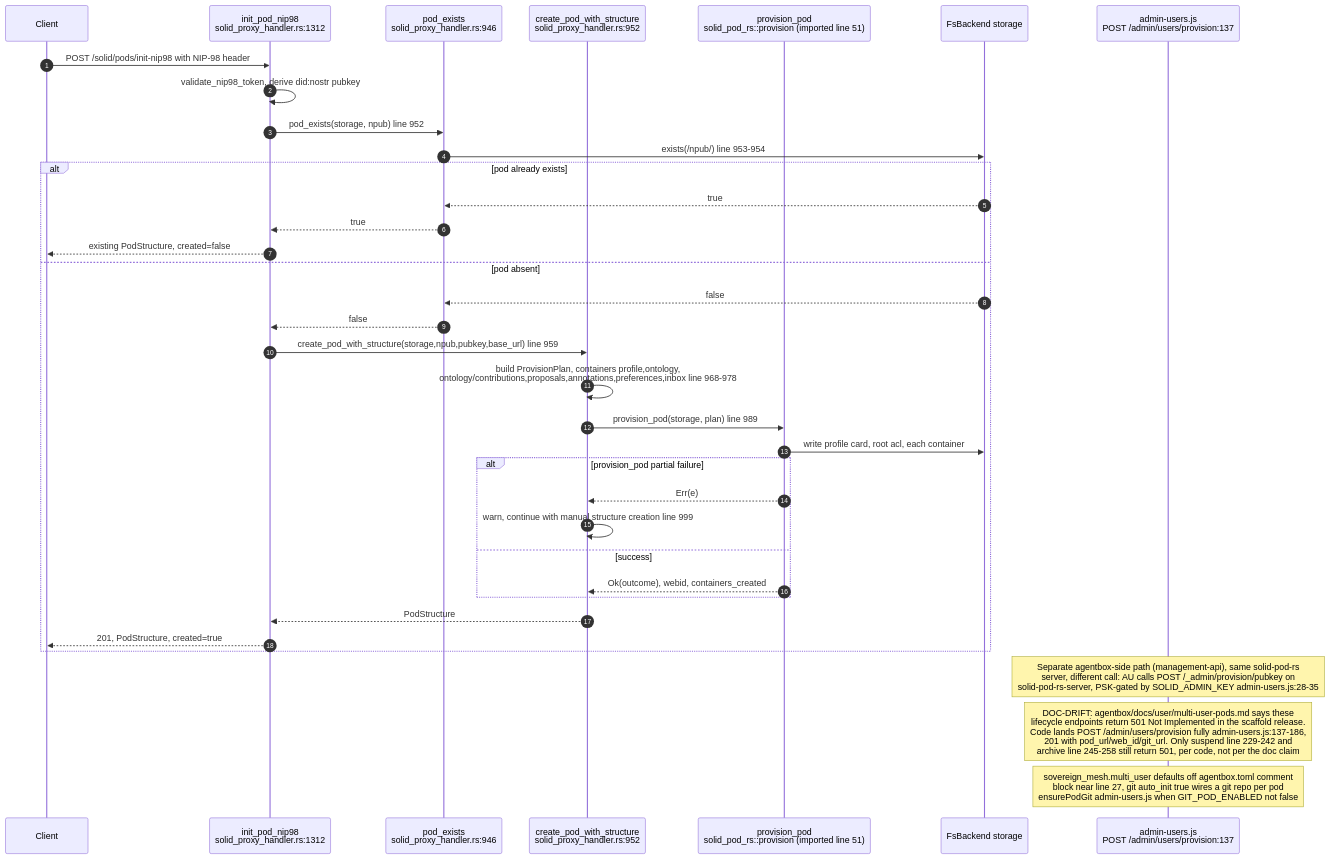
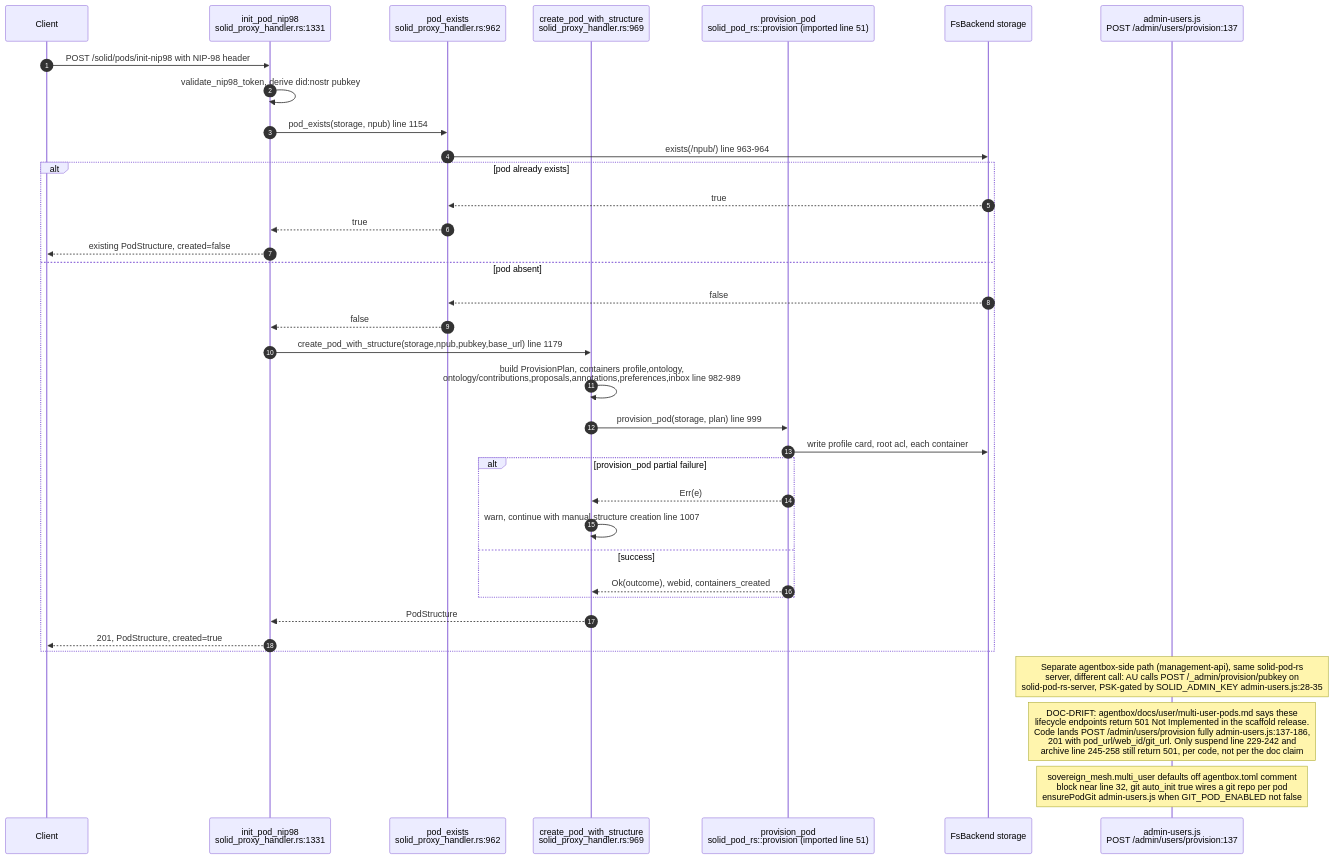
The fifth of 12 diagrams in docs/diagrams/estate/08-solid-pod-estate.md (DreamLab-AI/VisionFlow), drawn with Mermaid before and after one commit. The commit also changed other lines of this file and 111 other files, not shown here.

Commit message:
docs(diagrams): align estate maps with current source

````diff
--- a/docs/diagrams/estate/08-solid-pod-estate.md
+++ b/docs/diagrams/estate/08-solid-pod-estate.md
@@ -214,40 +214,40 @@
 ```mermaid
 sequenceDiagram
     autonumber
     participant CL as Client
-    participant R as init_pod_nip98<br/>solid_proxy_handler.rs:1312
-    participant PE as pod_exists<br/>solid_proxy_handler.rs:946
-    participant CS as create_pod_with_structure<br/>solid_proxy_handler.rs:952
+    participant R as init_pod_nip98<br/>solid_proxy_handler.rs:1331
+    participant PE as pod_exists<br/>solid_proxy_handler.rs:962
+    participant CS as create_pod_with_structure<br/>solid_proxy_handler.rs:969
     participant PP as provision_pod<br/>solid_pod_rs::provision (imported line 51)
     participant FS as FsBackend storage
     participant AU as admin-users.js<br/>POST /admin/users/provision:137
 
     CL->>R: POST /solid/pods/init-nip98 with NIP-98 header
     R->>R: validate_nip98_token, derive did:nostr pubkey
-    R->>PE: pod_exists(storage, npub) line 952
-    PE->>FS: exists(/npub/) line 953-954
+    R->>PE: pod_exists(storage, npub) line 1154
+    PE->>FS: exists(/npub/) line 963-964
     alt pod already exists
         FS-->>PE: true
         PE-->>R: true
         R-->>CL: existing PodStructure, created=false
     else pod absent
         FS-->>PE: false
         PE-->>R: false
-        R->>CS: create_pod_with_structure(storage,npub,pubkey,base_url) line 959
-        CS->>CS: build ProvisionPlan, containers profile,ontology,<br/>ontology/contributions,proposals,annotations,preferences,inbox line 968-978
-        CS->>PP: provision_pod(storage, plan) line 989
+        R->>CS: create_pod_with_structure(storage,npub,pubkey,base_url) line 1179
+        CS->>CS: build ProvisionPlan, containers profile,ontology,<br/>ontology/contributions,proposals,annotations,preferences,inbox line 982-989
+        CS->>PP: provision_pod(storage, plan) line 999
         PP->>FS: write profile card, root acl, each container
         alt provision_pod partial failure
             PP-->>CS: Err(e)
-            CS->>CS: warn, continue with manual structure creation line 999
+            CS->>CS: warn, continue with manual structure creation line 1007
         else success
             PP-->>CS: Ok(outcome), webid, containers_created
         end
         CS-->>R: PodStructure
         R-->>CL: 201, PodStructure, created=true
     end
 
     Note over AU: Separate agentbox-side path (management-api), same solid-pod-rs<br/>server, different call: AU calls POST /_admin/provision/pubkey on<br/>solid-pod-rs-server, PSK-gated by SOLID_ADMIN_KEY admin-users.js:28-35
     Note over AU: DOC-DRIFT: agentbox/docs/user/multi-user-pods.md says these<br/>lifecycle endpoints return 501 Not Implemented in the scaffold release.<br/>Code lands POST /admin/users/provision fully admin-users.js:137-186,<br/>201 with pod_url/web_id/git_url. Only suspend line 229-242 and<br/>archive line 245-258 still return 501, per code, not per the doc claim
-    Note over AU: sovereign_mesh.multi_user defaults off agentbox.toml comment<br/>block near line 27, git auto_init true wires a git repo per pod<br/>ensurePodGit admin-users.js when GIT_POD_ENABLED not false
+    Note over AU: sovereign_mesh.multi_user defaults off agentbox.toml comment<br/>block near line 32, git auto_init true wires a git repo per pod<br/>ensurePodGit admin-users.js when GIT_POD_ENABLED not false
 ```
````
